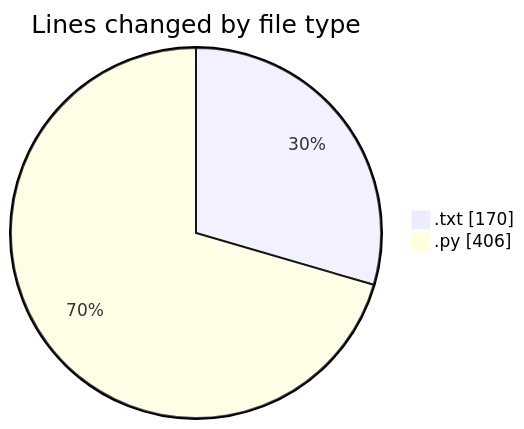
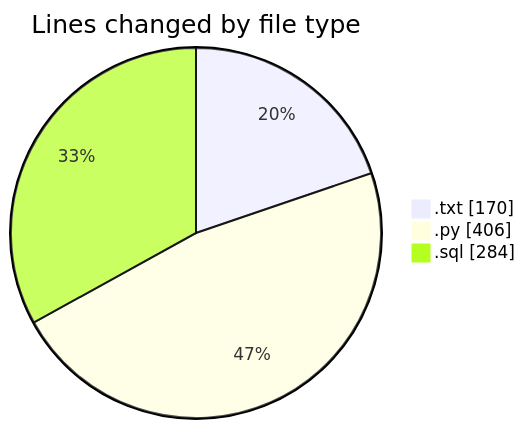
One commit to lephambinh05/code-tracking changed the first of 2 diagrams in 2025-09-16/datanv/README.md. Above: the diagram before and after it, drawn with Mermaid. The commit also changed other lines of this file and 1 other file, not shown here.

````diff
--- a/2025-09-16/datanv/README.md
+++ b/2025-09-16/datanv/README.md
@@ -24,6 +25,7 @@
 ```mermaid
 pie showData
 title Lines changed by file type
 ".txt" : 170
 ".py" : 406
+".sql" : 284
 ```
````
